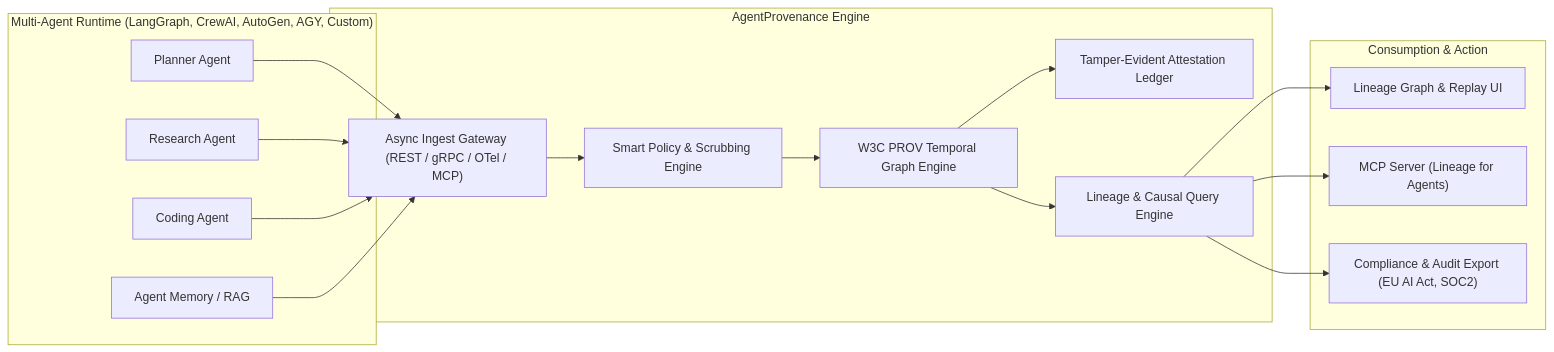
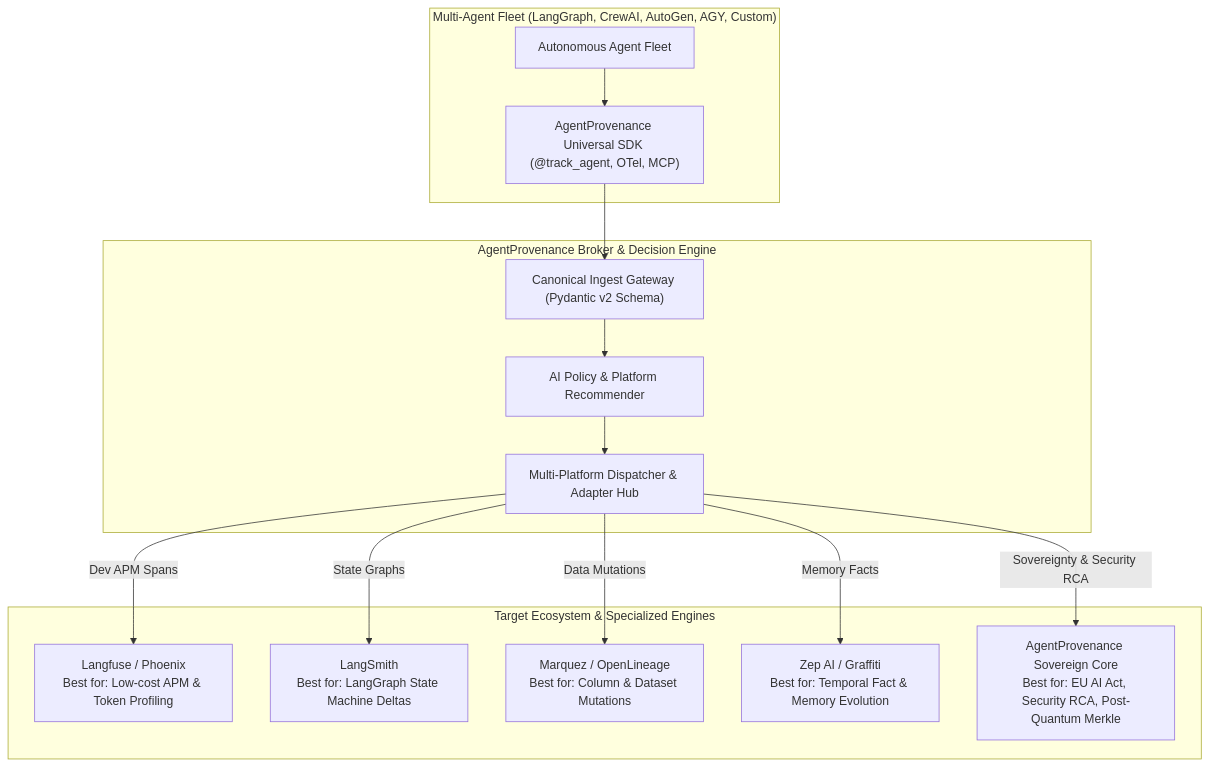
Before and after one commit to SRP-alohamora/AgentProvenance: the first of 3 diagrams in agent_provenance_requirements.md, drawn with Mermaid. The commit also changed other lines of this file and 3 other files, not shown here.

Commit message:
feat: adopt platform-agnostic meta-router direction, update PRD, README, personas, and problem statement

````diff
--- a/agent_provenance_requirements.md
+++ b/agent_provenance_requirements.md
@@ -29,34 +39,29 @@
 ```mermaid
-graph LR
-    subgraph MultiAgentSystem["Multi-Agent Runtime (LangGraph, CrewAI, AutoGen, AGY, Custom)"]
-        Planner["Planner Agent"]
-        Worker1["Research Agent"]
-        Worker2["Coding Agent"]
-        Memory["Agent Memory / RAG"]
+graph TD
+    subgraph ClientFleet["Multi-Agent Fleet (LangGraph, CrewAI, AutoGen, AGY, Custom)"]
+        FleetAgents["Autonomous Agent Fleet"]
+        SingleSDK["AgentProvenance Universal SDK (@track_agent, OTel, MCP)"]
     end
 
-    subgraph AgentProvenance["AgentProvenance Engine"]
-        Ingestion["Async Ingest Gateway (REST / gRPC / OTel / MCP)"]
-        Guard["Smart Policy & Scrubbing Engine"]
-        GraphCore["W3C PROV Temporal Graph Engine"]
-        Attest["Tamper-Evident Attestation Ledger"]
-        QueryEngine["Lineage & Causal Query Engine"]
+    subgraph MetaBroker["AgentProvenance Broker & Decision Engine"]
+        IngestGateway["Canonical Ingest Gateway (Pydantic v2 Schema)"]
+        LLMRecommender["AI Policy & Platform Recommender"]
+        Dispatcher["Multi-Platform Dispatcher & Adapter Hub"]
     end
 
-    subgraph Consumption["Consumption & Action"]
-        WebUI["Lineage Graph & Replay UI"]
-        MCPAgent["MCP Server (Lineage for Agents)"]
-        AuditAPI["Compliance & Audit Export (EU AI Act, SOC2)"]
+    subgraph TargetBackends["Target Ecosystem & Specialized Engines"]
+        P_Langfuse["Langfuse / Phoenix<br>Best for: Low-cost APM & Token Profiling"]
+        P_LangSmith["LangSmith<br>Best for: LangGraph State Machine Deltas"]
+        P_OpenLineage["Marquez / OpenLineage<br>Best for: Column & Dataset Mutations"]
+        P_Zep["Zep AI / Graffiti<br>Best for: Temporal Fact & Memory Evolution"]
+        P_Sovereign["AgentProvenance Sovereign Core<br>Best for: EU AI Act, Security RCA, Post-Quantum Merkle"]
     end
 
-    Planner --> Ingestion
-    Worker1 --> Ingestion
-    Worker2 --> Ingestion
-    Memory --> Ingestion
-
-    Ingestion --> Guard --> GraphCore --> Attest
-    GraphCore --> QueryEngine
-    QueryEngine --> WebUI
-    QueryEngine --> MCPAgent
-    QueryEngine --> AuditAPI
+    FleetAgents --> SingleSDK --> IngestGateway
+    IngestGateway --> LLMRecommender --> Dispatcher
+    Dispatcher -->|Dev APM Spans| P_Langfuse
+    Dispatcher -->|State Graphs| P_LangSmith
+    Dispatcher -->|Data Mutations| P_OpenLineage
+    Dispatcher -->|Memory Facts| P_Zep
+    Dispatcher -->|Sovereignty & Security RCA| P_Sovereign
 ```
````
